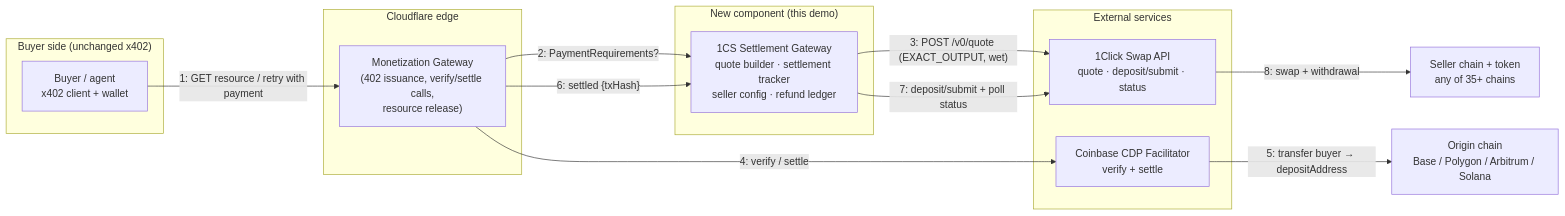
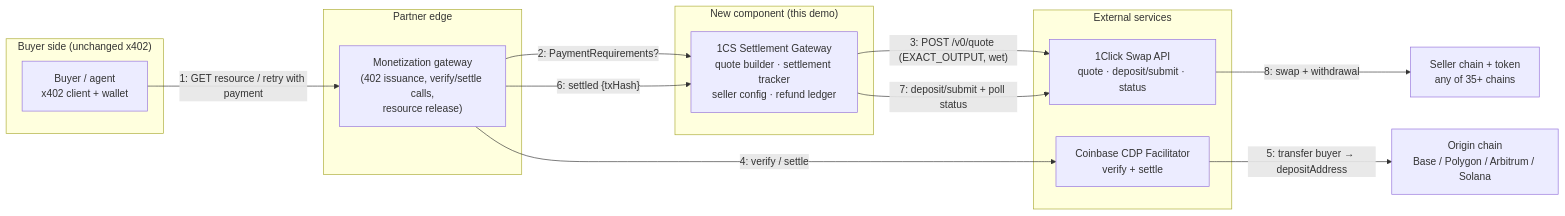
One commit to IkerAlus/x402_CF_gateway changed the first of 2 diagrams in CF_demo_desing.md. Above: the diagram before and after it, drawn with Mermaid. The commit also changed other lines of this file, not shown here.

````diff
--- a/CF_demo_desing.md
+++ b/CF_demo_desing.md
@@ -58,31 +36,31 @@
 ```mermaid
 flowchart LR
     subgraph buyer_side ["Buyer side (unchanged x402)"]
         B["Buyer / agent<br/>x402 client + wallet"]
     end
 
-    subgraph cf ["Cloudflare edge"]
-        MG["Monetization Gateway<br/>(402 issuance, verify/settle calls,<br/>resource release)"]
+    subgraph pe ["Partner edge"]
+        MG["Monetization gateway<br/>(402 issuance, verify/settle calls,<br/>resource release)"]
     end
 
     subgraph new ["New component (this demo)"]
         GW["1CS Settlement Gateway<br/>quote builder · settlement tracker<br/>seller config · refund ledger"]
     end
 
     subgraph ext ["External services"]
         FAC["Coinbase CDP Facilitator<br/>verify + settle"]
         ONE["1Click Swap API<br/>quote · deposit/submit · status"]
     end
 
     ORIG["Origin chain<br/>Base / Polygon / Arbitrum / Solana"]
     DEST["Seller chain + token<br/>any of 35+ chains"]
 
     B -- "1: GET resource / retry with payment" --> MG
     MG -- "2: PaymentRequirements?" --> GW
     GW -- "3: POST /v0/quote (EXACT_OUTPUT, wet)" --> ONE
     MG -- "4: verify / settle" --> FAC
     FAC -- "5: transfer buyer → depositAddress" --> ORIG
     MG -- "6: settled {txHash}" --> GW
     GW -- "7: deposit/submit + poll status" --> ONE
     ONE -- "8: swap + withdrawal" --> DEST
 ```
````
